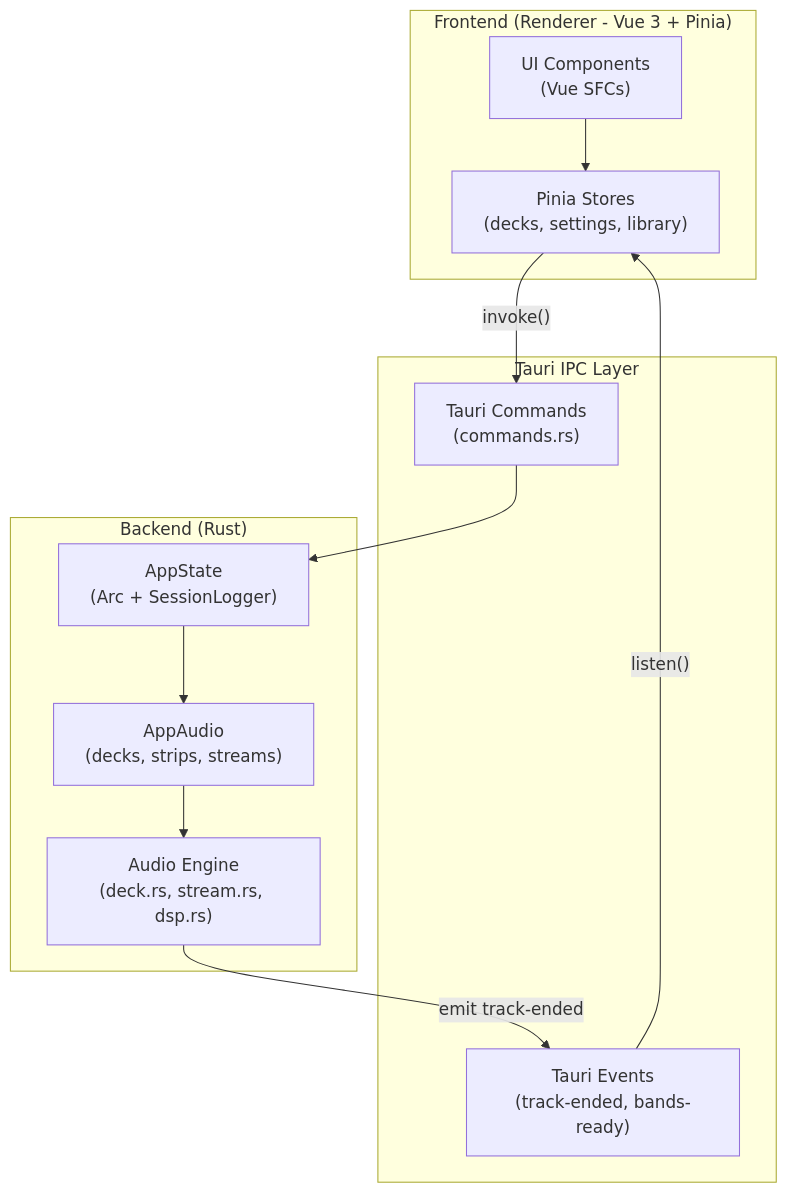
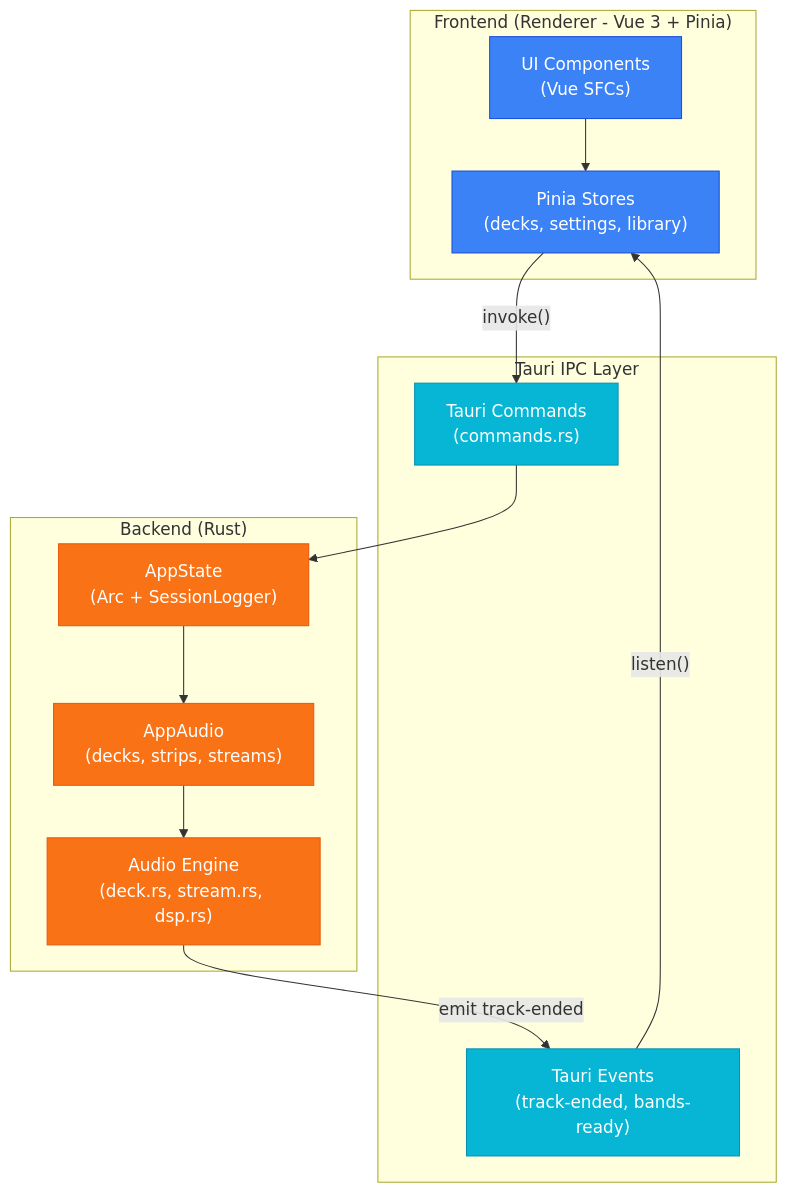
The first of 5 diagrams in ARCHITECTURE.md (berrutti/beatmatcher), drawn with Mermaid before and after one commit. The commit also changed other lines of this file and 1 other file, not shown here.

Commit message:
Chore: Add colors to Architecture diagram

````diff
--- a/ARCHITECTURE.md
+++ b/ARCHITECTURE.md
@@ -5,26 +5,30 @@
 ```mermaid
 graph TD
+    classDef frontend fill:#3b82f6,stroke:#1d4ed8,color:#fff
+    classDef ipc fill:#06b6d4,stroke:#0891b2,color:#fff
+    classDef backend fill:#f97316,stroke:#ea580c,color:#fff
+
     subgraph Frontend ["Frontend (Renderer - Vue 3 + Pinia)"]
-        UI["UI Components\n(Vue SFCs)"]
-        Stores["Pinia Stores\n(decks, settings, library)"]
-        UI --> Stores
+        UI["UI Components\n(Vue SFCs)"]:::frontend
+        Stores["Pinia Stores\n(decks, settings, library)"]:::frontend
     end
 
     subgraph IPC ["Tauri IPC Layer"]
-        Commands["Tauri Commands\n(commands.rs)"]
-        Events["Tauri Events\n(track-ended, bands-ready)"]
+        Commands["Tauri Commands\n(commands.rs)"]:::ipc
+        Events["Tauri Events\n(track-ended, bands-ready)"]:::ipc
     end
 
     subgraph Backend ["Backend (Rust)"]
-        AppState["AppState\n(Arc<AppAudio> + SessionLogger)"]
-        Audio["AppAudio\n(decks, strips, streams)"]
-        Engine["Audio Engine\n(deck.rs, stream.rs, dsp.rs)"]
+        AppState["AppState\n(Arc<AppAudio> + SessionLogger)"]:::backend
+        Audio["AppAudio\n(decks, strips, streams)"]:::backend
+        Engine["Audio Engine\n(deck.rs, stream.rs, dsp.rs)"]:::backend
     end
 
+    UI --> Stores
     Stores -- "invoke()" --> Commands
     Events -- "listen()" --> Stores
     Commands --> AppState
     AppState --> Audio
     Audio --> Engine
     Engine -- "emit track-ended" --> Events
 ```
````
